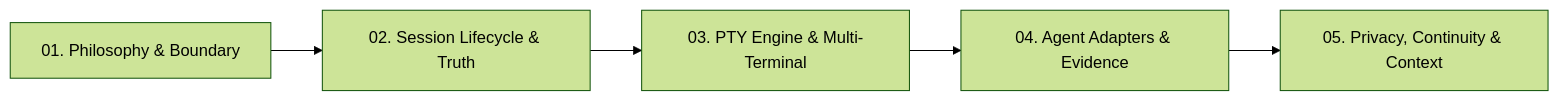
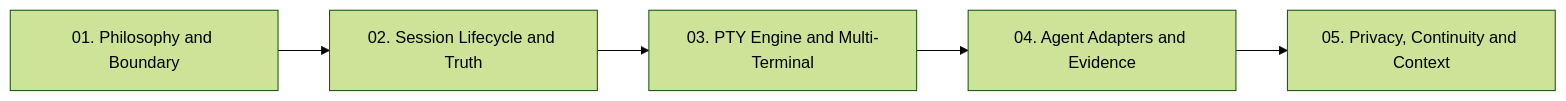
One commit to ShaileshRawat1403/verb changed the diagram in docs/learn/README.md. Above: the diagram before and after it, drawn with Mermaid (forest theme). The commit also changed other lines of this file and 6 other files, not shown here.

Commit message:
docs(learn): refine educational guide series without emojis/em-dashes, adding open-source references and visual architecture diagrams

````diff
--- a/docs/learn/README.md
+++ b/docs/learn/README.md
@@ -13,7 +13,7 @@
 ```mermaid
 graph LR
-    A["01. Philosophy & Boundary"] --> B["02. Session Lifecycle & Truth"]
-    B --> C["03. PTY Engine & Multi-Terminal"]
-    C --> D["04. Agent Adapters & Evidence"]
-    D --> E["05. Privacy, Continuity & Context"]
+    A["01. Philosophy and Boundary"] --> B["02. Session Lifecycle and Truth"]
+    B --> C["03. PTY Engine and Multi-Terminal"]
+    C --> D["04. Agent Adapters and Evidence"]
+    D --> E["05. Privacy, Continuity and Context"]
 ```
````
